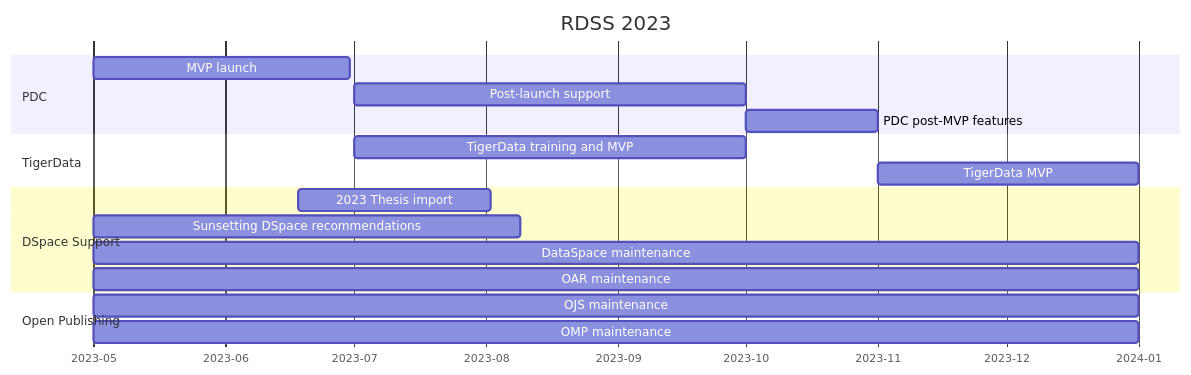
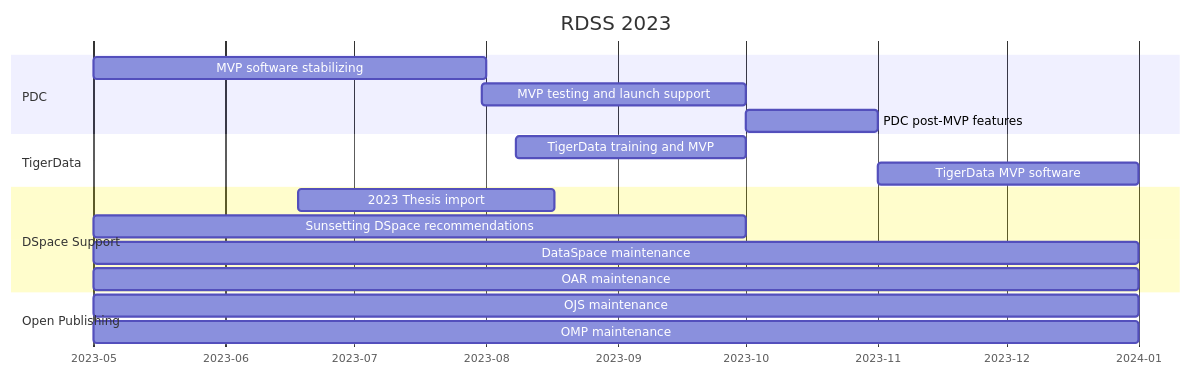
One commit to pulibrary/rdss-handbook changed the first of 22 diagrams in roadmap.md. Above: the diagram before and after it, drawn with Mermaid.

Commit message:
Updated roadmap for 2023

````diff
--- a/roadmap.md
+++ b/roadmap.md
@@ -5,21 +5,21 @@
 ```mermaid
 gantt
     title RDSS 2023
     axisFormat  %Y-%m
     dateformat YYYY-MM
     section PDC
-    MVP launch: pd1,2023-05-01,60d
-    Post-launch support: pd2,2023-07-01,92d
+    MVP software stabilizing: pd1,2023-05-01, 92d
+    MVP testing and launch support: pd2,2023-07-31,62d
     PDC post-MVP features: pd3,2023-10-01,31d
     section TigerData
-    TigerData training and MVP: td1,2023-07-01,92d
-    TigerData MVP: td2,2023-11-01,61d
+    TigerData training and MVP: td1,2023-08-08,54d
+    TigerData MVP software: td2,2023-11-01,61d
     section DSpace Support
-    2023 Thesis import: dsp1,2023-06-18,45d
-    Sunsetting DSpace recommendations: dsp2,2023-05-01,100d
+    2023 Thesis import: dsp1,2023-06-18,60d
+    Sunsetting DSpace recommendations: dsp2,2023-05-01,153d
     DataSpace maintenance: dsp3,2023-05-01,245d
     OAR maintenance: dsp4,2023-05-01,245d
     section Open Publishing
     OJS maintenance: op1,2023-05-01,245d
     OMP maintenance: op2,2023-05-01,245d
 ```
````
